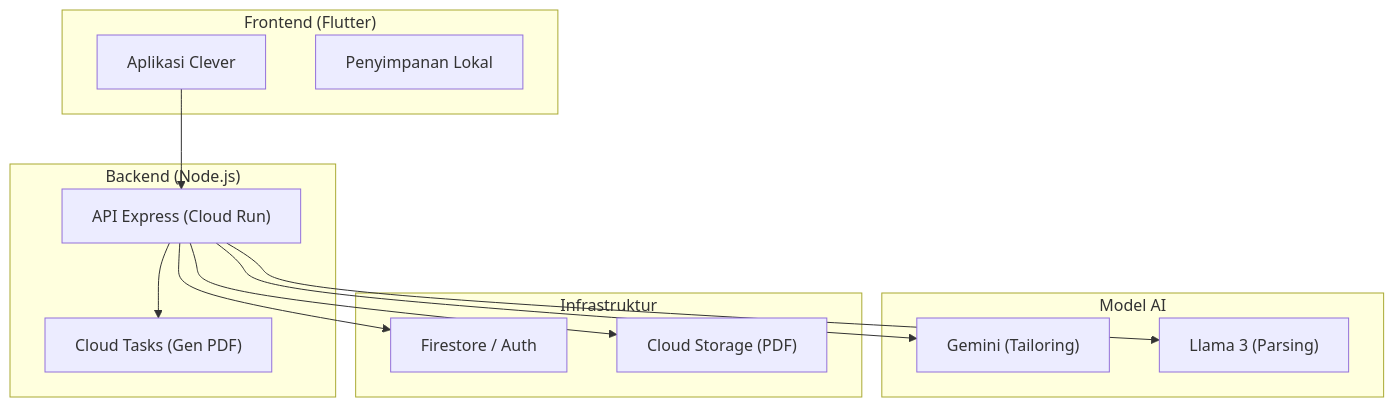
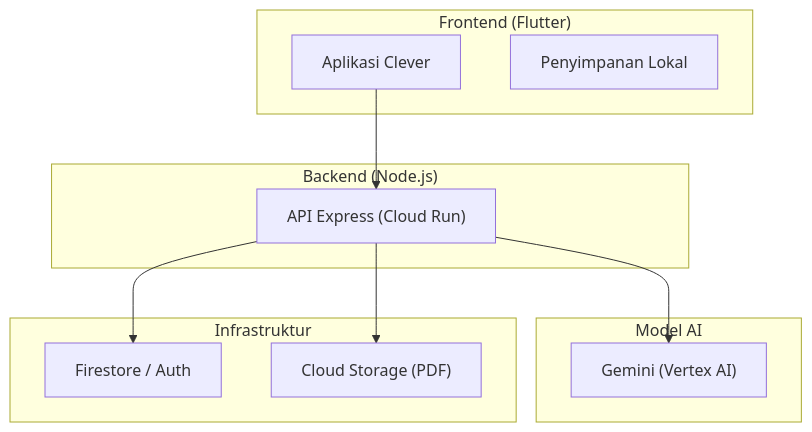
The first of 2 diagrams in README_ID.md (Amrlmlna/CleVer), drawn with Mermaid before and after one commit. The commit also changed other lines of this file and 1 other file, not shown here.

````diff
--- a/README_ID.md
+++ b/README_ID.md
@@ -56,29 +56,25 @@
 ```mermaid
 graph TD
     subgraph "Frontend (Flutter)"
         App["Aplikasi Clever"]
         Local["Penyimpanan Lokal"]
     end
 
     subgraph "Backend (Node.js)"
         API["API Express (Cloud Run)"]
-        Tasks["Cloud Tasks (Gen PDF)"]
     end
 
     subgraph "Model AI"
-        Gemini["Gemini (Tailoring)"]
-        Llama["Llama 3 (Parsing)"]
+        Gemini["Gemini (Vertex AI)"]
     end
 
     subgraph "Infrastruktur"
         Firebase["Firestore / Auth"]
         GCS["Cloud Storage (PDF)"]
     end
 
     App --> API
     API --> Gemini
-    API --> Llama
     API --> Firebase
     API --> GCS
-    API --> Tasks
 ```
````
